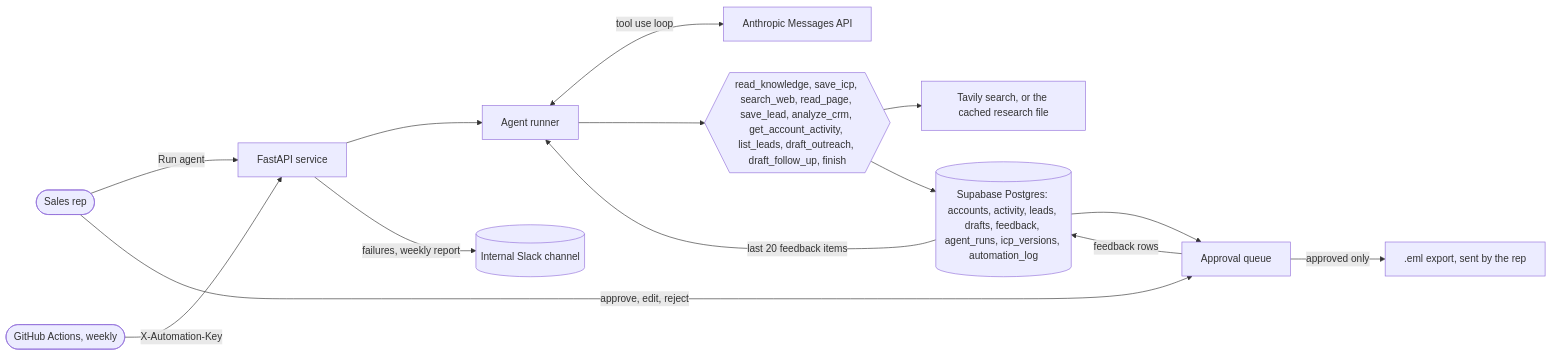
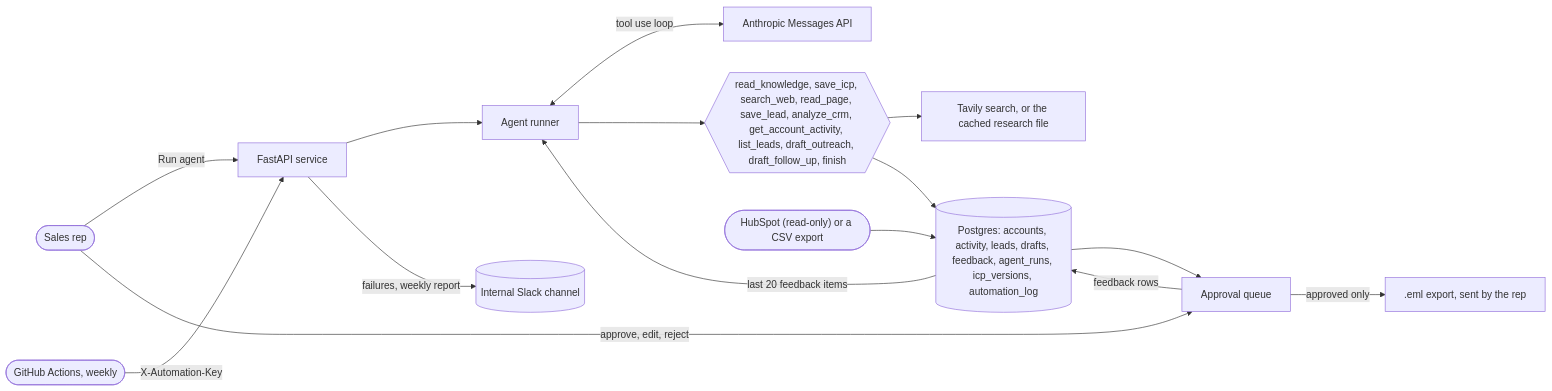
The diagram in demo-2-sales-agent/README.md (umer-78/ai-automation-demos), drawn with Mermaid before and after one commit. The commit also changed other lines of this file and 25 other files, not shown here.

````diff
--- a/demo-2-sales-agent/README.md
+++ b/demo-2-sales-agent/README.md
@@ -35,16 +60,17 @@
 ```mermaid
 flowchart LR
     rep([Sales rep]) -- "Run agent" --> api[FastAPI service]
     cron([GitHub Actions, weekly]) -- "X-Automation-Key" --> api
     api --> runner[Agent runner]
     runner <-- "tool use loop" --> model["Anthropic Messages API"]
     runner --> tools{{"read_knowledge, save_icp, search_web, read_page, save_lead, analyze_crm, get_account_activity, list_leads, draft_outreach, draft_follow_up, finish"}}
     tools --> search["Tavily search, or the cached research file"]
-    tools --> db[("Supabase Postgres: accounts, activity, leads, drafts, feedback, agent_runs, icp_versions, automation_log")]
+    tools --> db[("Postgres: accounts, activity, leads, drafts, feedback, agent_runs, icp_versions, automation_log")]
+    crm(["HubSpot (read-only) or a CSV export"]) --> db
     db --> queue[Approval queue]
     rep -- "approve, edit, reject" --> queue
     queue -- "feedback rows" --> db
     db -- "last 20 feedback items" --> runner
     queue -- "approved only" --> eml[".eml export, sent by the rep"]
     api -- "failures, weekly report" --> slack[(Internal Slack channel)]
 ```
````
